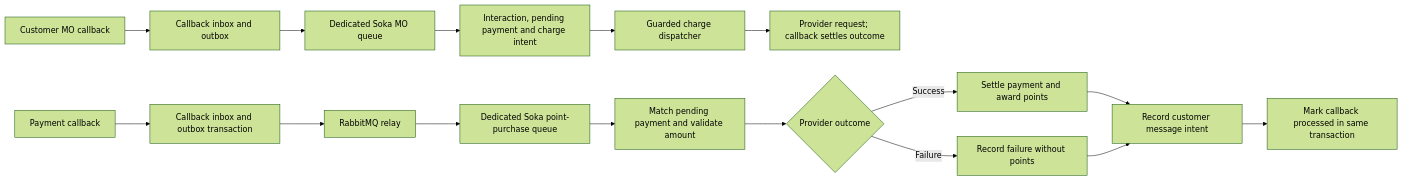
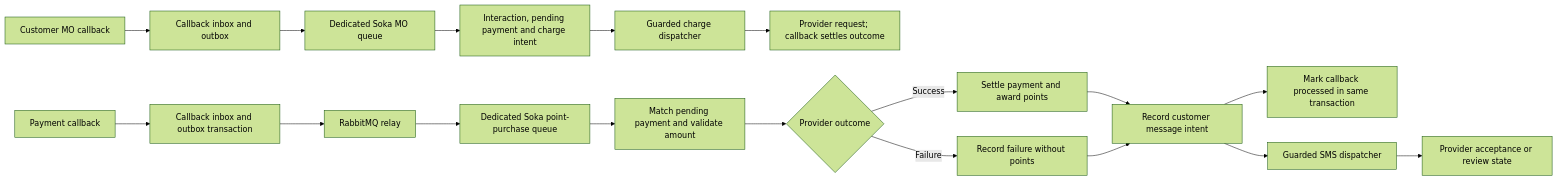
Before and after one commit to EMA-GREEN/YAS-SOKA-ISHIKISTAA-MEGAPROMO: the diagram in docs/soka-point-flow.md, drawn with Mermaid (forest theme). The commit also changed other lines of this file and 8 other files, not shown here.

Commit message:
Add guarded Soka purchase SMS dispatch

````diff
--- a/docs/soka-point-flow.md
+++ b/docs/soka-point-flow.md
@@ -5,18 +5,20 @@
 ```mermaid
 flowchart LR
   MO[Customer MO callback] --> Intake[Callback inbox and outbox]
   Intake --> MOQueue[Dedicated Soka MO queue]
   MOQueue --> Pending[Interaction, pending payment and charge intent]
   Pending --> Dispatch[Guarded charge dispatcher]
   Dispatch --> Provider[Provider request; callback settles outcome]
   A[Payment callback] --> B[Callback inbox and outbox transaction]
   B --> C[RabbitMQ relay]
   C --> D[Dedicated Soka point-purchase queue]
   D --> E[Match pending payment and validate amount]
   E --> F{Provider outcome}
   F -->|Success| G[Settle payment and award points]
   F -->|Failure| H[Record failure without points]
   G --> I[Record customer message intent]
   H --> I
   I --> J[Mark callback processed in same transaction]
+  I --> K[Guarded SMS dispatcher]
+  K --> L[Provider acceptance or review state]
 ```
````
